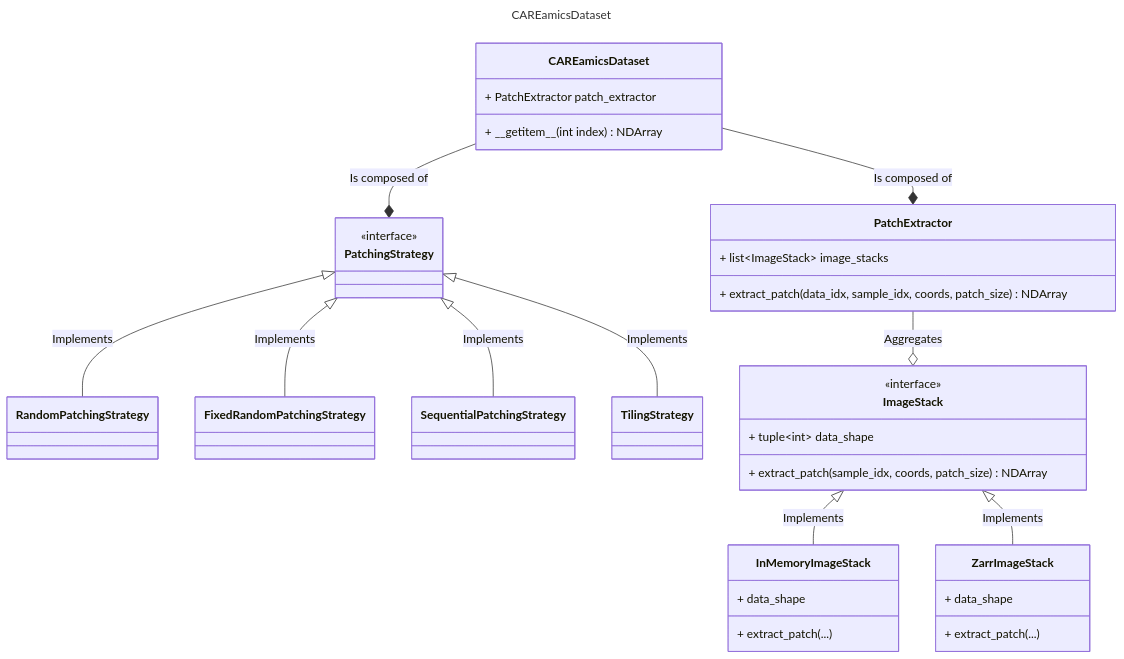
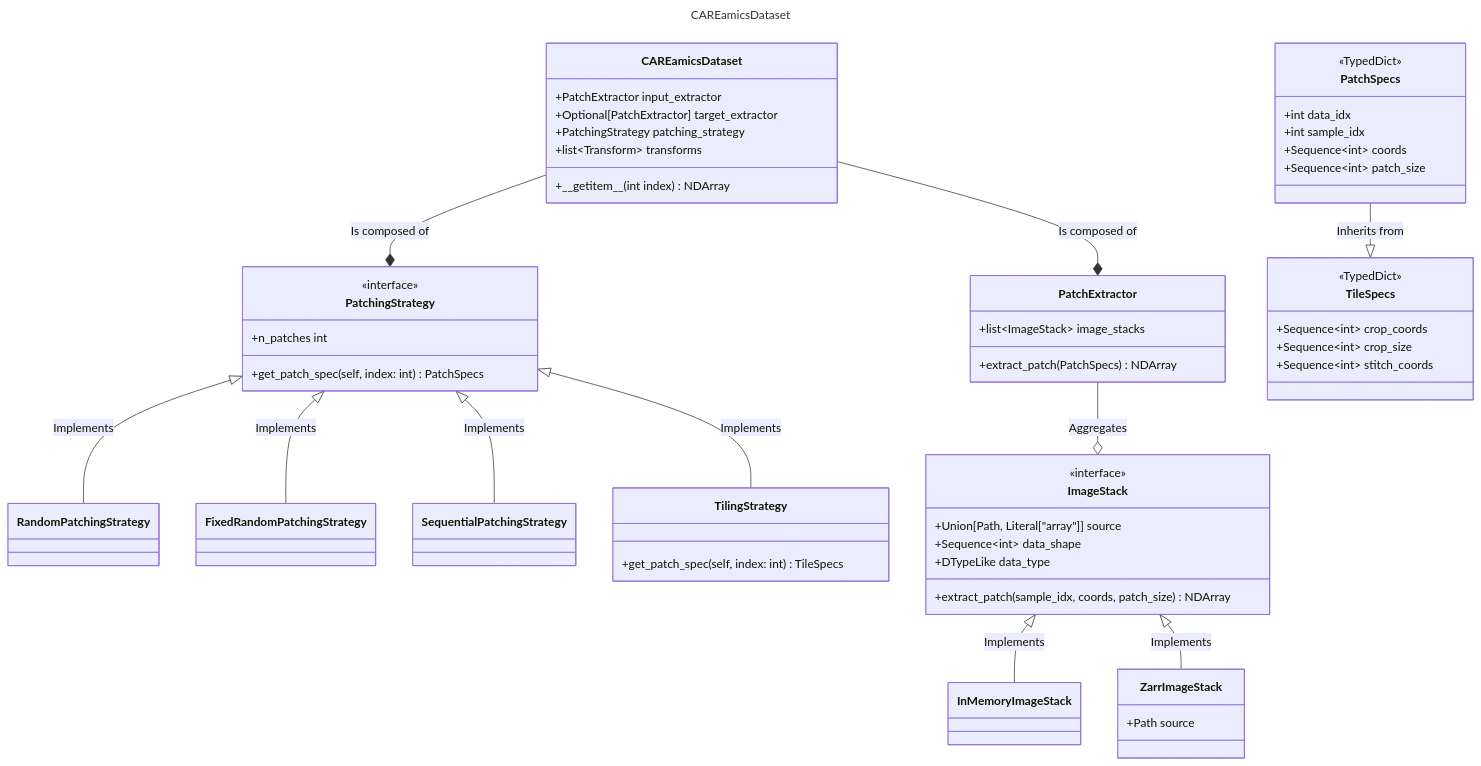
Before and after one commit to CAREamics/careamics: the diagram in src/careamics/dataset_ng/README.md, drawn with Mermaid. The commit also changed other lines of this file, not shown here.

Commit message:
docs: complete dataset README, with completed UML class diagram

````diff
--- a/src/careamics/dataset_ng/README.md
+++ b/src/careamics/dataset_ng/README.md
@@ -36,56 +12,69 @@
 ```mermaid
 ---
 title: CAREamicsDataset
 ---
 classDiagram
     class CAREamicsDataset{
-        + PatchExtractor patch_extractor
-        + \_\_getitem\_\_(int index) NDArray
+        +PatchExtractor input_extractor
+        +Optional[PatchExtractor] target_extractor
+        +PatchingStrategy patching_strategy
+        +list~Transform~ transforms
+        +\_\_getitem\_\_(int index) NDArray
     }
-    class PatchExtractor{
-        + list~ImageStack~ image_stacks
-        + extract_patch(data_idx, sample_idx, coords, patch_size) NDArray
+    class PatchingStrategy{
+        <<interface>>
+        +n_patches int
+        +get_patch_spec(self, index: int) PatchSpecs
+    }
+    class RandomPatchingStrategy{
+    }
+    class FixedRandomPatchingStrategy{
+    }
+    class SequentialPatchingStrategy{
+    }
+    class TilingStrategy{
+        +get_patch_spec(self, index: int) TileSpecs
     }
 
-    class PatchingStrategy{
-        <<interface>>
+    class PatchExtractor{
+        +list~ImageStack~ image_stacks
+        +extract_patch(PatchSpecs) NDArray
     }
-    class RandomPatchingStrategy{
-
+    class PatchSpecs {
+        <<TypedDict>>
+        +int data_idx
+        +int sample_idx
+        +Sequence~int~ coords
+        +Sequence~int~ patch_size
     }
-    class FixedRandomPatchingStrategy{
-
-    }
-    class SequentialPatchingStrategy{
-
-    }
-    class TilingStrategy{
-
+        class TileSpecs {
+        <<TypedDict>>
+        +Sequence~int~ crop_coords
+        +Sequence~int~ crop_size
+        +Sequence~int~ stitch_coords
     }
 
     class ImageStack{
         <<interface>>
-        + tuple~int~ data_shape
-        + extract_patch(sample_idx, coords, patch_size) NDArray
+        +Union[Path, Literal["array"]] source
+        +Sequence~int~ data_shape
+        +DTypeLike data_type
+        +extract_patch(sample_idx, coords, patch_size) NDArray
     }
     class InMemoryImageStack {
-        + data_shape
-        + extract_patch(...)
     }
     class ZarrImageStack {
-        + data_shape
-        + extract_patch(...)
+        +Path source
     }
-    
     
     CAREamicsDataset --* PatchExtractor: Is composed of
     CAREamicsDataset --* PatchingStrategy: Is composed of
     PatchExtractor --o ImageStack: Aggregates
     ImageStack <|-- InMemoryImageStack: Implements
     ImageStack <|-- ZarrImageStack: Implements
     PatchingStrategy <|-- RandomPatchingStrategy: Implements
     PatchingStrategy <|-- FixedRandomPatchingStrategy: Implements
     PatchingStrategy <|-- SequentialPatchingStrategy: Implements
     PatchingStrategy <|-- TilingStrategy: Implements
-
+    PatchSpecs --|> TileSpecs: Inherits from
 ```
````
